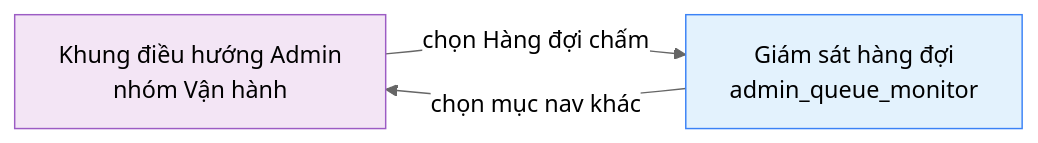
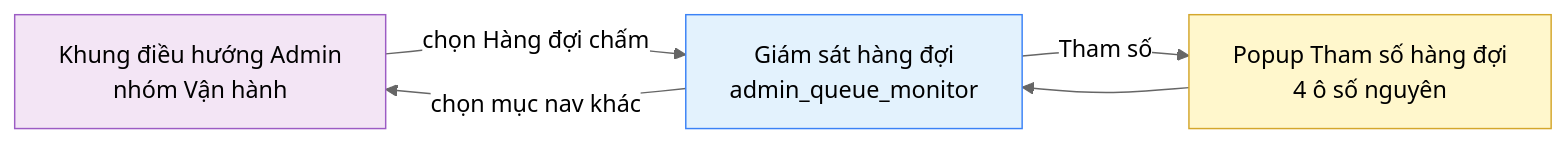
One commit to daiphu1801/PRJ_ALGOPREP changed the diagram in 02-bd/screens/admin/ADM0401_queue_monitor.md. Above: the diagram before and after it, drawn with Mermaid (neutral theme). The commit also changed other lines of this file and 37 other files, not shown here.

````diff
--- a/02-bd/screens/admin/ADM0401_queue_monitor.md
+++ b/02-bd/screens/admin/ADM0401_queue_monitor.md
@@ -103,11 +124,15 @@
 ```mermaid
 flowchart LR
     nav["Khung điều hướng Admin<br/>nhóm Vận hành"] -->|"chọn Hàng đợi chấm"| main["Giám sát hàng đợi<br/>admin_queue_monitor"]
     main -->|"chọn mục nav khác"| nav
+    main -->|"Tham số"| params["Popup Tham số hàng đợi<br/>4 ô số nguyên"]
+    params --> main
 
     classDef source fill:#F3E5F5,stroke:#9C5CC4,color:#000
     classDef screen fill:#E3F2FD,stroke:#3B82F6,color:#000
+    classDef popup fill:#FFF7CC,stroke:#D4A72C,color:#000
 
     class nav source
     class main screen
+    class params popup
 ```
````
